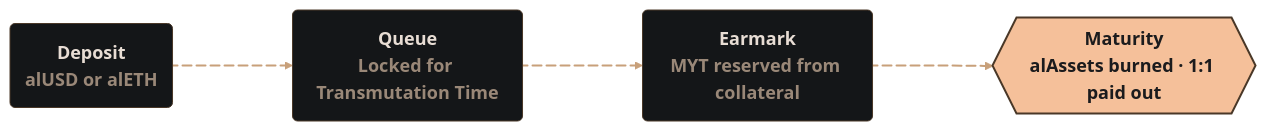
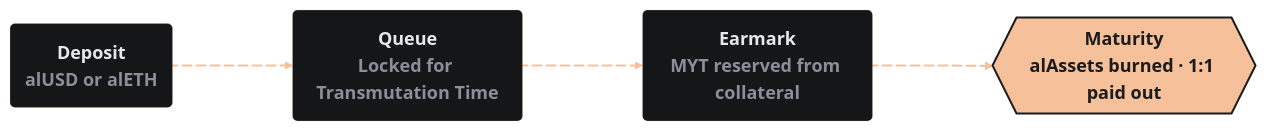
Before and after one commit to alchemix-finance/alchemix-v3-docs: the diagram in docs/user/concepts/transmuter.md, drawn with Mermaid. The commit also changed 18 other files, not shown here.

````diff
--- a/docs/user/concepts/transmuter.md
+++ b/docs/user/concepts/transmuter.md
@@ -24,31 +24,31 @@
 ```mermaid
 %%{init: {
   'theme': 'base',
   'themeVariables': {
     'fontFamily': 'Montserrat',
     'primaryColor': '#141618',
-    'primaryBorderColor': '#4a3828',
-    'primaryTextColor': '#e8ddd4',
-    'lineColor': '#c8a07a',
+    'primaryBorderColor': 'rgba(245,192,154,0.25)',
+    'primaryTextColor': '#e8e8ea',
+    'lineColor': '#f5c09a',
     'edgeLabelBackground': '#0d0e10',
     'tertiaryColor': '#141618',
     'fontSize': '18px'
   },
   'flowchart': { 'curve': 'monotoneX', 'nodeSpacing': 60, 'rankSpacing': 120 }
 }}%%
 flowchart LR
     classDef default font-weight:bold;
 
-    A(Deposit<br/><span style='color:#9a8878'>alUSD or alETH</span>)
-    B(Queue<br/><span style='color:#9a8878'>Locked for Transmutation Time</span>)
-    C(Earmark<br/><span style='color:#9a8878'>MYT reserved from collateral</span>)
+    A(Deposit<br/><span style='color:#8a8f99'>alUSD or alETH</span>)
+    B(Queue<br/><span style='color:#8a8f99'>Locked for Transmutation Time</span>)
+    C(Earmark<br/><span style='color:#8a8f99'>MYT reserved from collateral</span>)
     D{{Maturity<br/>alAssets burned · 1:1 paid out}}
 
     A e1@--> B e2@--> C e3@--> D
 
-    style D fill:#f5c09a,stroke:#4a3828,stroke-width:2px,color:#1b1b1d
-    linkStyle 0,1,2 stroke:#c8a07a,stroke-width:2px
+    style D fill:#f5c09a,stroke:#1b1b1d,stroke-width:2px,color:#1b1b1d
+    linkStyle 0,1,2 stroke:#f5c09a,stroke-width:2px
     e1@{ animation: slow }
     e2@{ animation: slow }
     e3@{ animation: fast }
 ```
````
